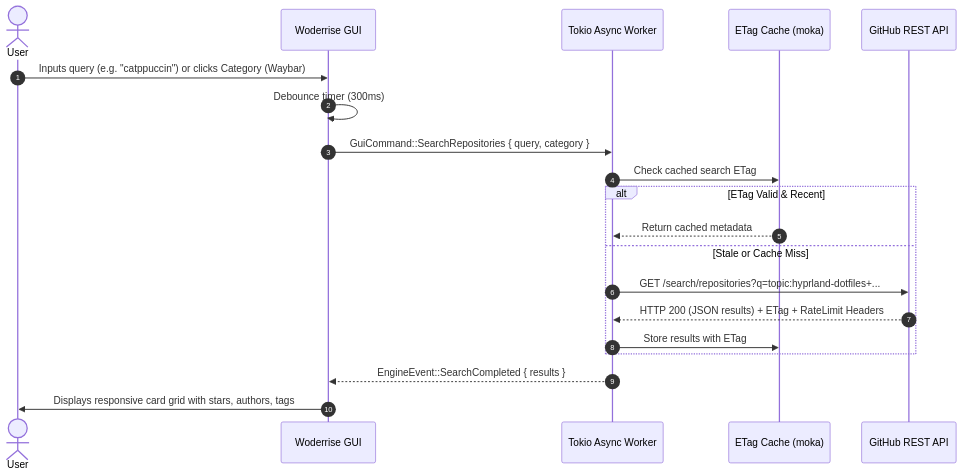
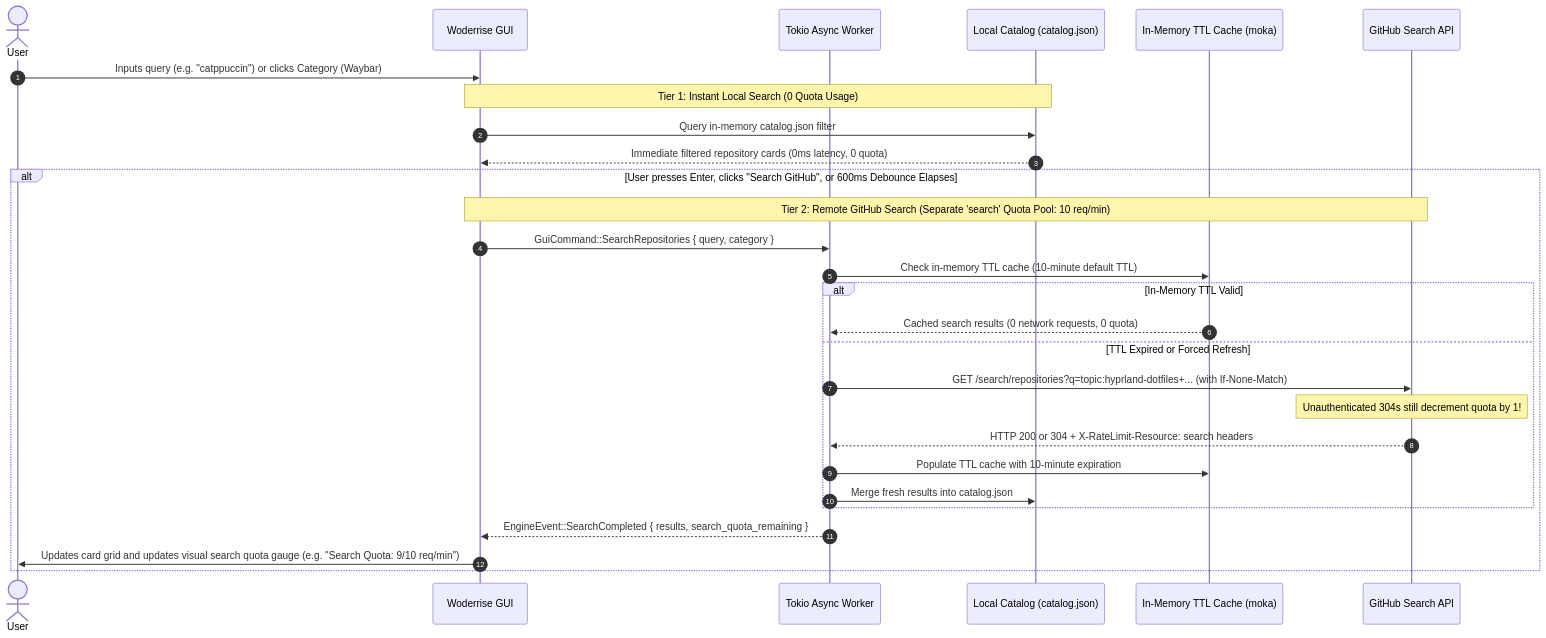
Before and after one commit to vijaygovindBiju/Woderrise: the first of 6 diagrams in docs/DESIGN_PROPOSAL.md, drawn with Mermaid. The commit also changed other lines of this file and 1 other file, not shown here.

Commit message:
docs: harden architecture with WAL, CDN blob fetching, and security sandboxing

````diff
--- a/docs/DESIGN_PROPOSAL.md
+++ b/docs/DESIGN_PROPOSAL.md
@@ -79,23 +79,32 @@
 ```mermaid
 sequenceDiagram
     autonumber
     actor User
     participant GUI as Woderrise GUI
     participant Worker as Tokio Async Worker
-    participant Cache as ETag Cache (moka)
-    participant GitHub as GitHub REST API
+    participant LocalStore as Local Catalog (catalog.json)
+    participant Cache as In-Memory TTL Cache (moka)
+    participant GitHub as GitHub Search API
 
     User->>GUI: Inputs query (e.g. "catppuccin") or clicks Category (Waybar)
-    GUI->>GUI: Debounce timer (300ms)
-    GUI->>Worker: GuiCommand::SearchRepositories { query, category }
-    Worker->>Cache: Check cached search ETag
-    alt ETag Valid & Recent
-        Cache-->>Worker: Return cached metadata
-    else Stale or Cache Miss
-        Worker->>GitHub: GET /search/repositories?q=topic:hyprland-dotfiles+...
-        GitHub-->>Worker: HTTP 200 (JSON results) + ETag + RateLimit Headers
-        Worker->>Cache: Store results with ETag
+    Note over GUI,LocalStore: Tier 1: Instant Local Search (0 Quota Usage)
+    GUI->>LocalStore: Query in-memory catalog.json filter
+    LocalStore-->>GUI: Immediate filtered repository cards (0ms latency, 0 quota)
+    
+    alt User presses Enter, clicks "Search GitHub", or 600ms Debounce Elapses
+        Note over GUI,GitHub: Tier 2: Remote GitHub Search (Separate 'search' Quota Pool: 10 req/min)
+        GUI->>Worker: GuiCommand::SearchRepositories { query, category }
+        Worker->>Cache: Check in-memory TTL cache (10-minute default TTL)
+        alt In-Memory TTL Valid
+            Cache-->>Worker: Cached search results (0 network requests, 0 quota)
+        else TTL Expired or Forced Refresh
+            Worker->>GitHub: GET /search/repositories?q=topic:hyprland-dotfiles+... (with If-None-Match)
+            Note over GitHub: Unauthenticated 304s still decrement quota by 1!
+            GitHub-->>Worker: HTTP 200 or 304 + X-RateLimit-Resource: search headers
+            Worker->>Cache: Populate TTL cache with 10-minute expiration
+            Worker->>LocalStore: Merge fresh results into catalog.json
+        end
+        Worker-->>GUI: EngineEvent::SearchCompleted { results, search_quota_remaining }
+        GUI->>User: Updates card grid and updates visual search quota gauge (e.g. "Search Quota: 9/10 req/min")
     end
-    Worker-->>GUI: EngineEvent::SearchCompleted { results }
-    GUI->>User: Displays responsive card grid with stars, authors, tags
 ```
````
